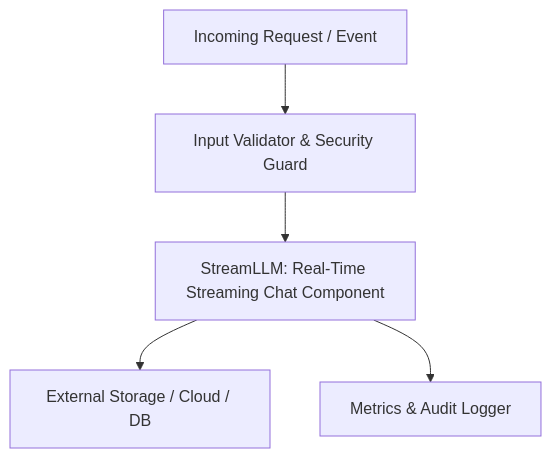
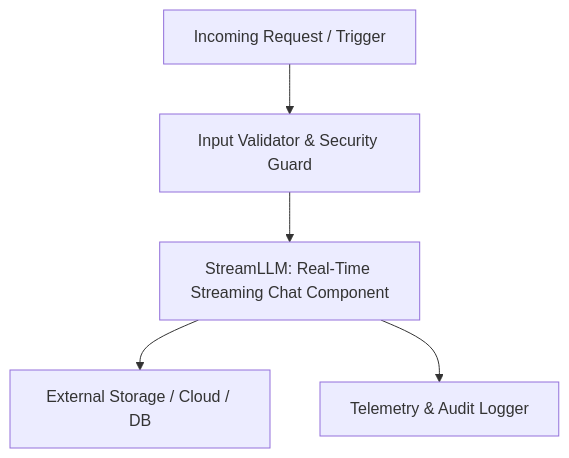
One commit to smit-backend/laravel-stream-chat-llm changed the diagram in README.md. Above: the diagram before and after it, drawn with Mermaid. The commit also changed other lines of this file, not shown here.

Commit message:
docs(readme): add detailed architectural flowchart, usage examples, and badges

````diff
--- a/README.md
+++ b/README.md
@@ -23,7 +23,7 @@
 ```mermaid
 graph TD
-    Client[Incoming Request / Event] --> Gate[Input Validator & Security Guard]
+    Client[Incoming Request / Trigger] --> Gate[Input Validator & Security Guard]
     Gate --> CoreEngine[StreamLLM: Real-Time Streaming Chat Component]
     CoreEngine --> Adapter[External Storage / Cloud / DB]
-    CoreEngine --> Observer[Metrics & Audit Logger]
+    CoreEngine --> Observer[Telemetry & Audit Logger]
 ```
````
